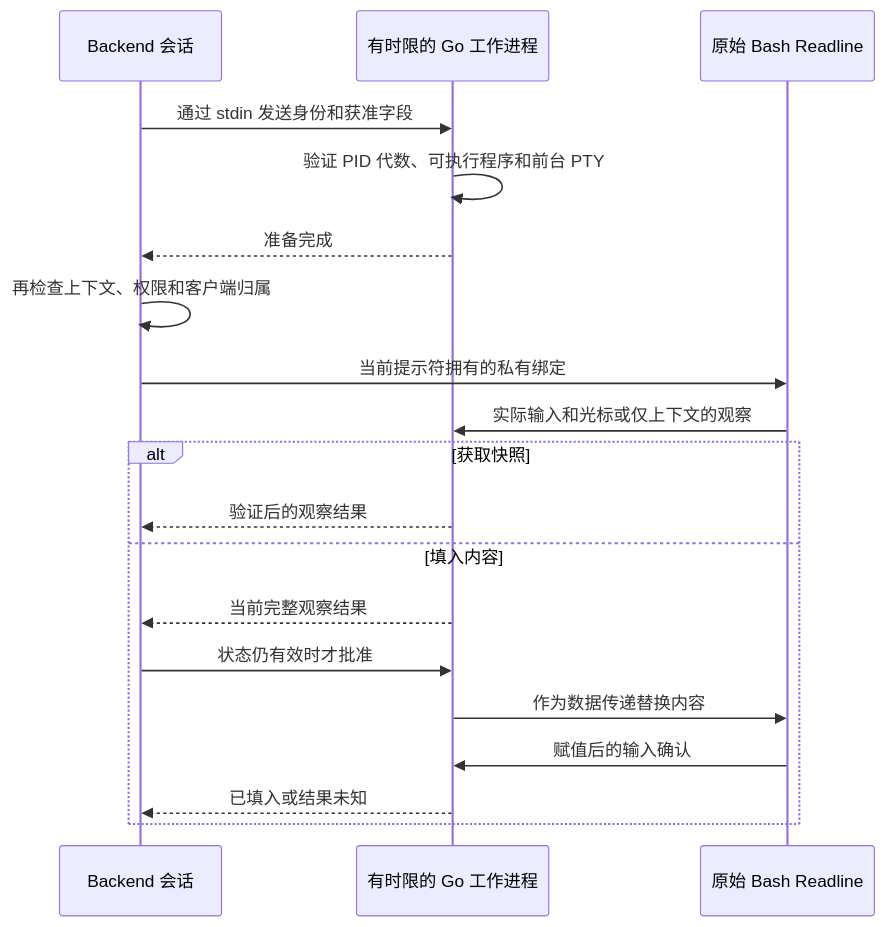
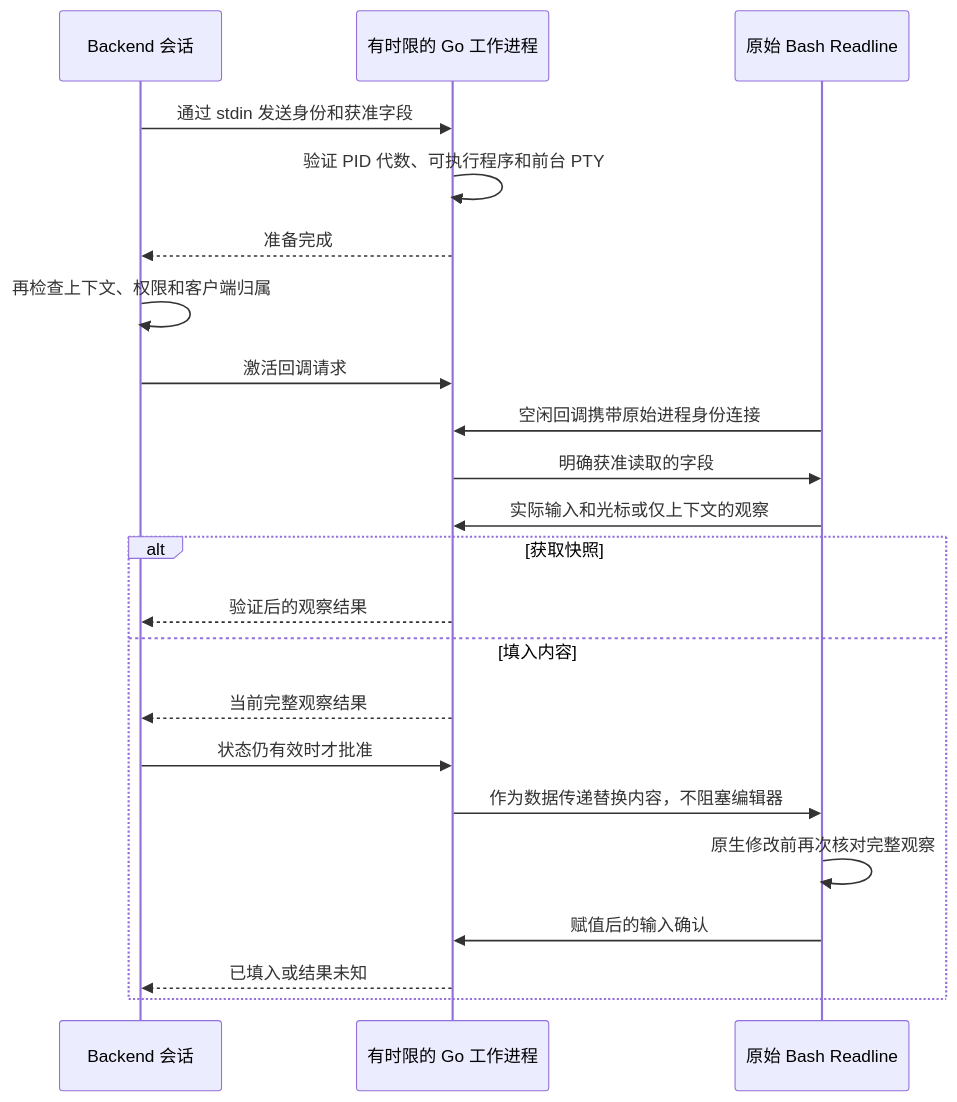
The fourth of 5 diagrams in docs/zh-CN/developer/runtime/ssh-terminal.md (agoudbg/Cosmosh), drawn with Mermaid before and after one commit. The commit also changed other lines of this file and 41 other files, not shown here.

````diff
--- a/docs/zh-CN/developer/runtime/ssh-terminal.md
+++ b/docs/zh-CN/developer/runtime/ssh-terminal.md
@@ -561,21 +565,24 @@
 ```mermaid
 sequenceDiagram
   participant B as Backend 会话
   participant G as 有时限的 Go 工作进程
   participant E as 原始 Bash Readline
   B->>G: 通过 stdin 发送身份和获准字段
   G->>G: 验证 PID 代数、可执行程序和前台 PTY
   G-->>B: 准备完成
   B->>B: 再检查上下文、权限和客户端归属
-  B->>E: 当前提示符拥有的私有绑定
+  B->>G: 激活回调请求
+  E->>G: 空闲回调携带原始进程身份连接
+  G->>E: 明确获准读取的字段
   E->>G: 实际输入和光标或仅上下文的观察
   alt 获取快照
     G-->>B: 验证后的观察结果
   else 填入内容
     G-->>B: 当前完整观察结果
     B->>G: 状态仍有效时才批准
-    G->>E: 作为数据传递替换内容
+    G->>E: 作为数据传递替换内容，不阻塞编辑器
+    E->>E: 原生修改前再次核对完整观察
     E->>G: 赋值后的输入确认
     G-->>B: 已填入或结果未知
   end
 ```
````
